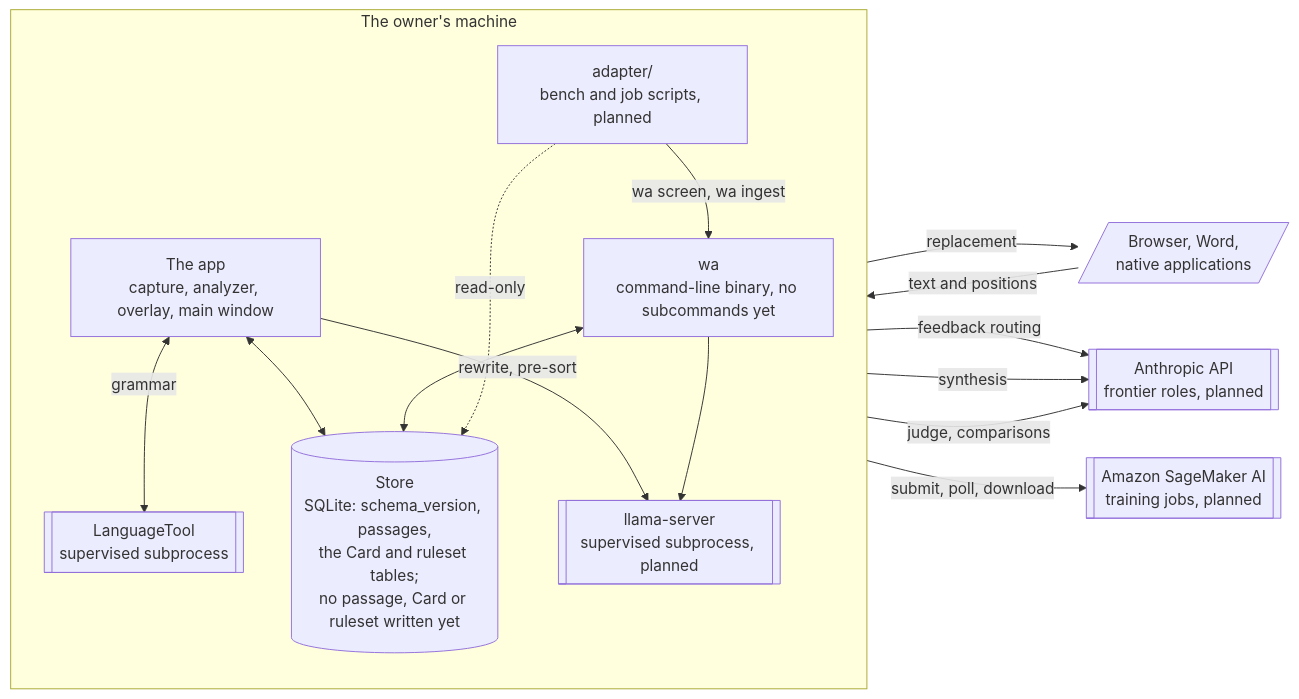
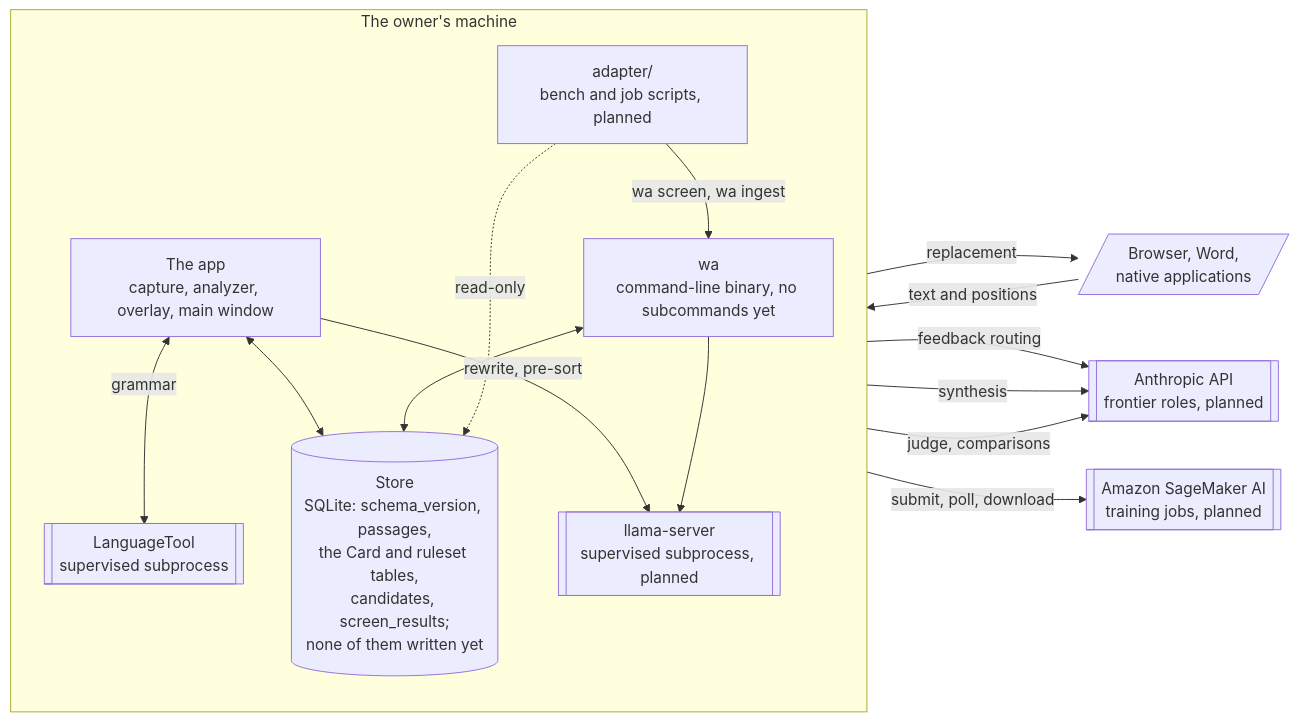
One commit to Bernice-Koh/writing-assistant changed the third of 3 diagrams in README.md. Above: the diagram before and after it, drawn with Mermaid. The commit also changed other lines of this file and 2 other files, not shown here.

Commit message:
docs: describe the candidates and screen results tables

````diff
--- a/README.md
+++ b/README.md
@@ -380,31 +380,31 @@
 ```mermaid
 flowchart LR
     Apps[/"Browser, Word,<br/>native applications"/]
 
     subgraph Machine["The owner's machine"]
         direction TB
         App["The app<br/>capture, analyzer, overlay, main window"]
         LT[["LanguageTool<br/>supervised subprocess"]]
-        Store[("Store<br/>SQLite: schema_version, passages,<br/>the Card and ruleset tables;<br/>no passage, Card or ruleset written yet")]
+        Store[("Store<br/>SQLite: schema_version, passages,<br/>the Card and ruleset tables,<br/>candidates, screen_results;<br/>none of them written yet")]
         LS[["llama-server<br/>supervised subprocess, planned"]]
         WA["wa<br/>command-line binary, no subcommands yet"]
         Py["adapter/<br/>bench and job scripts, planned"]
     end
 
     Api[["Anthropic API<br/>frontier roles, planned"]]
     Sage[["Amazon SageMaker AI<br/>training jobs, planned"]]
 
     Apps -->|"text and positions"| App
     App -->|"replacement"| Apps
     App <-->|"grammar"| LT
     App <--> Store
     App -->|"rewrite, pre-sort"| LS
     WA <--> Store
     WA --> LS
     Py -->|"wa screen, wa ingest"| WA
     Py -.->|"read-only"| Store
     App -->|"feedback routing"| Api
     WA -->|"synthesis"| Api
     Py -->|"judge, comparisons"| Api
     Py -->|"submit, poll, download"| Sage
 ```
````
